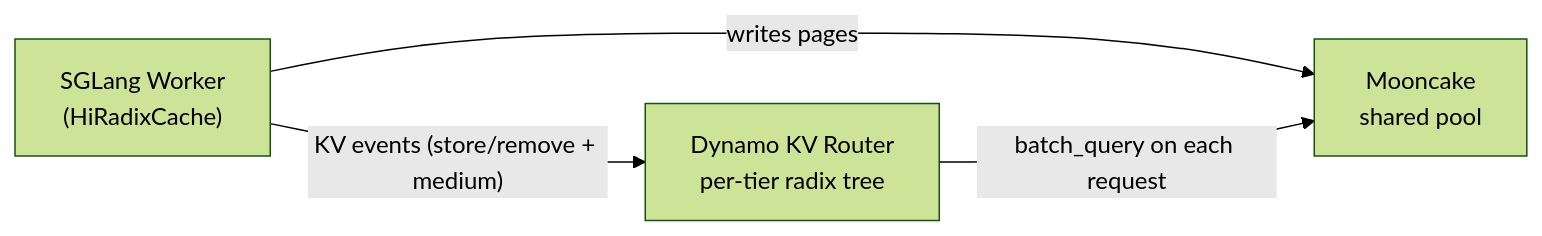
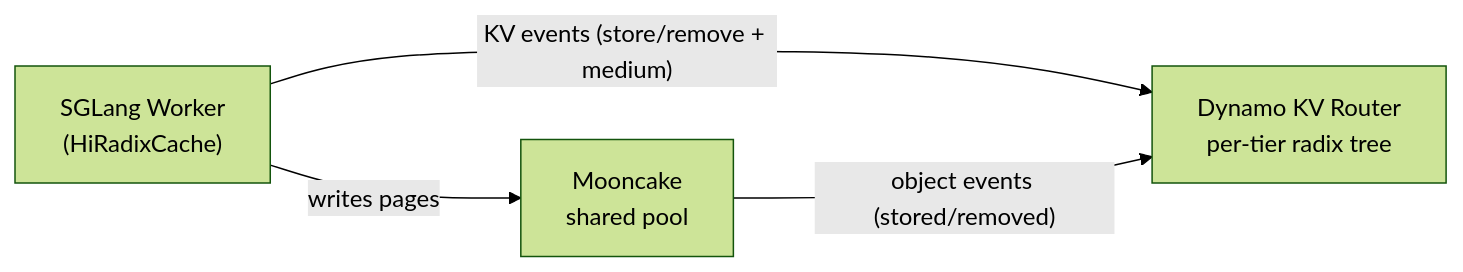
The diagram in docs/fern/pages/developer-guide/knowledge-base/modular-components/backends/sglang/hicache.md (wxsms/dynamo), drawn with Mermaid (forest theme) before and after one commit. The commit also changed other lines of this file and 6 other files, not shown here.

Commit message:
feat(kv-router): index Mooncake KV events (#11239)

````diff
--- a/docs/fern/pages/developer-guide/knowledge-base/modular-components/backends/sglang/hicache.md
+++ b/docs/fern/pages/developer-guide/knowledge-base/modular-components/backends/sglang/hicache.md
@@ -79,10 +79,10 @@
 ```mermaid
 flowchart LR
     Worker["SGLang Worker<br/>(HiRadixCache)"]
     Mooncake["Mooncake<br/>shared pool"]
     Router["Dynamo KV Router<br/>per-tier radix tree"]
 
     Worker -- "KV events (store/remove + medium)" --> Router
     Worker -- "writes pages" --> Mooncake
-    Router -- "batch_query on each request" --> Mooncake
+    Mooncake -- "object events (stored/removed)" --> Router
 ```
````
